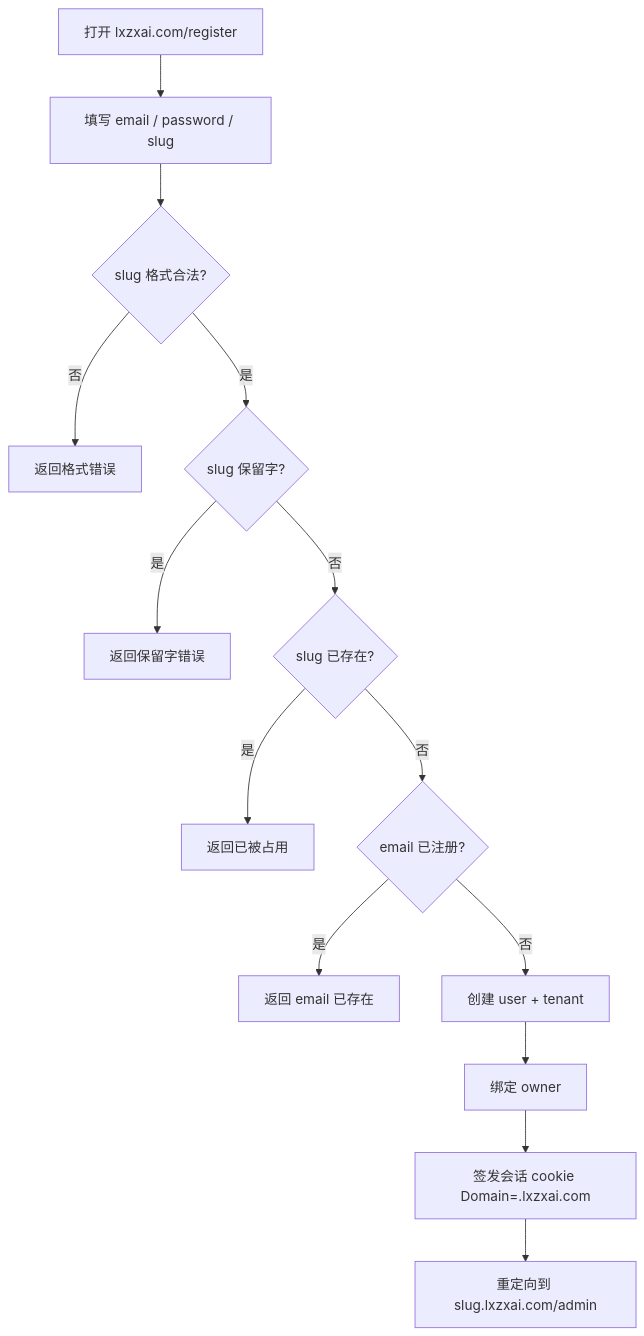
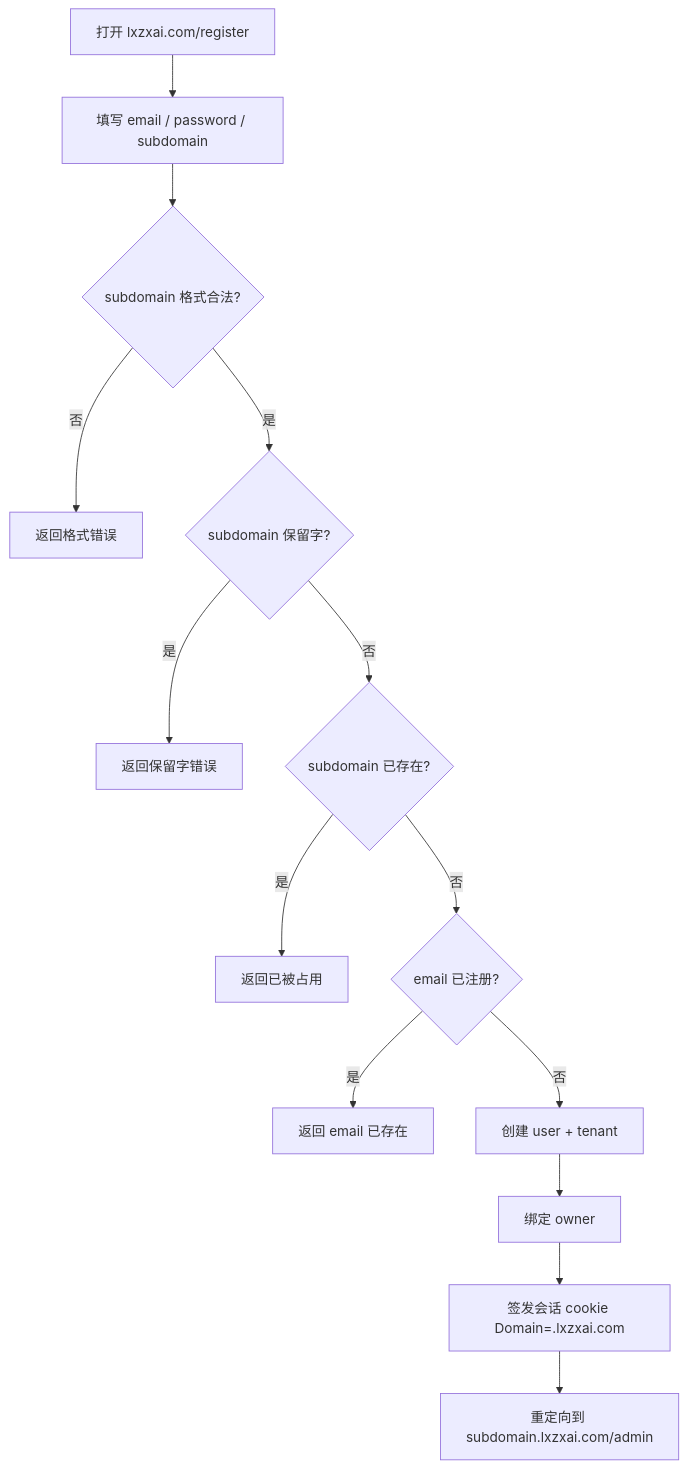
The diagram in docs/specs/phase1/features/F01-registration-tenancy.md (zmisi/rag-as-service), drawn with Mermaid before and after one commit. The commit also changed other lines of this file and 22 other files, not shown here.

````diff
--- a/docs/specs/phase1/features/F01-registration-tenancy.md
+++ b/docs/specs/phase1/features/F01-registration-tenancy.md
@@ -28,16 +28,16 @@
 ```mermaid
 flowchart TD
-  A[打开 lxzxai.com/register] --> B[填写 email / password / slug]
-  B --> C{slug 格式合法?}
+  A[打开 lxzxai.com/register] --> B[填写 email / password / subdomain]
+  B --> C{subdomain 格式合法?}
   C -->|否| E1[返回格式错误]
-  C -->|是| D{slug 保留字?}
+  C -->|是| D{subdomain 保留字?}
   D -->|是| E2[返回保留字错误]
-  D -->|否| F{slug 已存在?}
+  D -->|否| F{subdomain 已存在?}
   F -->|是| E3[返回已被占用]
   F -->|否| G{email 已注册?}
   G -->|是| E4[返回 email 已存在]
   G -->|否| H[创建 user + tenant]
   H --> I[绑定 owner]
   I --> J[签发会话 cookie Domain=.lxzxai.com]
-  J --> K[重定向到 slug.lxzxai.com/admin]
+  J --> K[重定向到 subdomain.lxzxai.com/admin]
 ```
````
